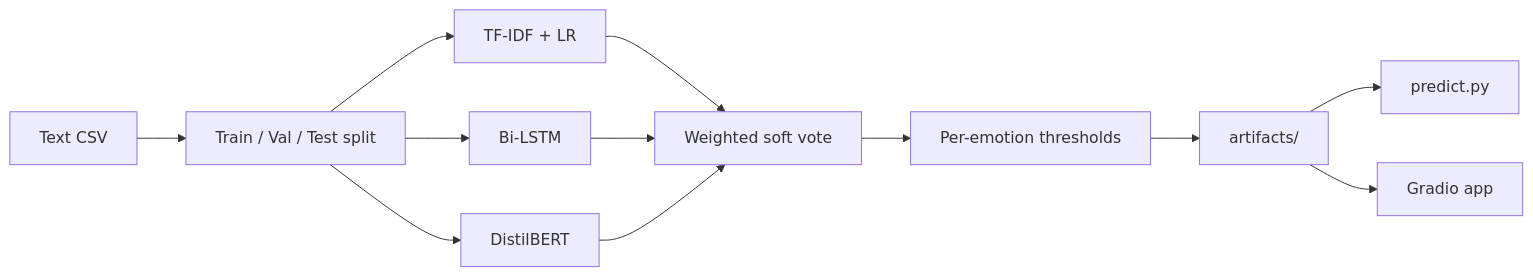
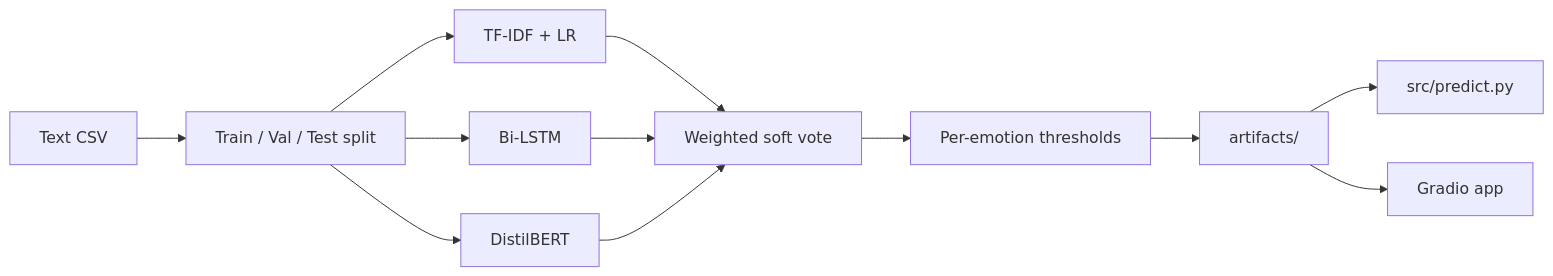
The diagram in README.md (mansabhairodagi/Multi-Label-Emotion-Classifier), drawn with Mermaid before and after one commit. The commit also changed other lines of this file and 13 other files, not shown here.

````diff
--- a/README.md
+++ b/README.md
@@ -20,14 +20,14 @@
 ```mermaid
 flowchart LR
   A[Text CSV] --> B[Train / Val / Test split]
   B --> C[TF-IDF + LR]
   B --> D[Bi-LSTM]
   B --> E[DistilBERT]
   C --> F[Weighted soft vote]
   D --> F
   E --> F
   F --> G[Per-emotion thresholds]
   G --> H[artifacts/]
-  H --> I[predict.py]
+  H --> I[src/predict.py]
   H --> J[Gradio app]
 ```
````
